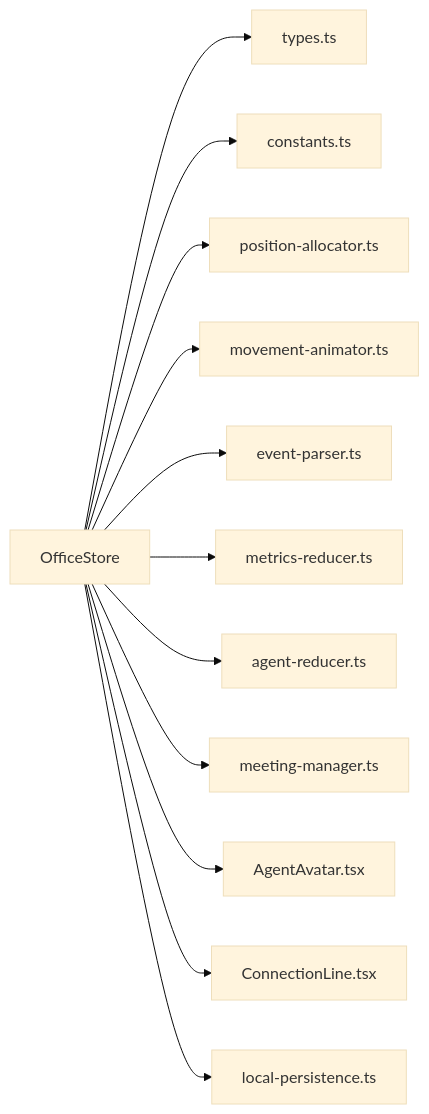
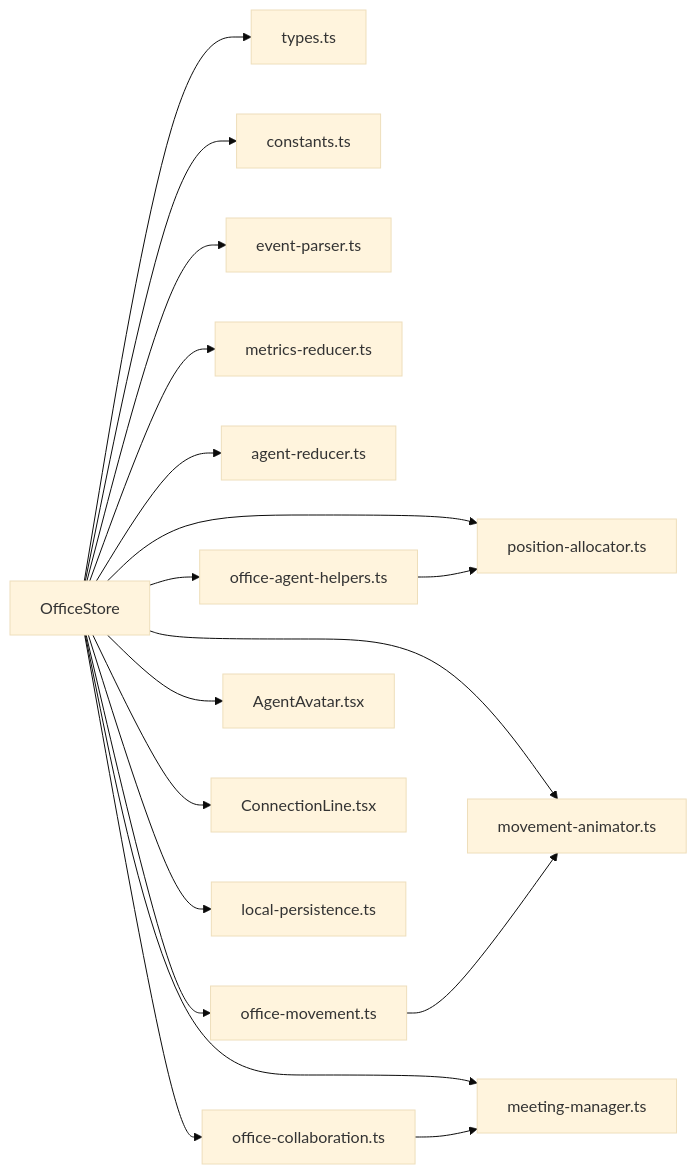
One commit to WW-AI-Lab/openclaw-office changed the eighth of 8 diagrams in .qoder/repowiki/zh/content/状态管理系统/Office Store 核心设计.md. Above: the diagram before and after it, drawn with Mermaid (base theme). The commit also changed other lines of this file and 27 other files, not shown here.

````diff
--- a/.qoder/repowiki/zh/content/状态管理系统/Office Store 核心设计.md
+++ b/.qoder/repowiki/zh/content/状态管理系统/Office Store 核心设计.md
@@ -319,14 +365,20 @@
 ```mermaid
 graph LR
 OS["OfficeStore"] --> T["types.ts"]
 OS --> C["constants.ts"]
 OS --> PA["position-allocator.ts"]
 OS --> MA["movement-animator.ts"]
 OS --> EP["event-parser.ts"]
 OS --> MR["metrics-reducer.ts"]
 OS --> AR["agent-reducer.ts"]
 OS --> MM["meeting-manager.ts"]
+OS --> OAH["office-agent-helpers.ts"]
+OS --> OM["office-movement.ts"]
+OS --> OC["office-collaboration.ts"]
 OS --> AA["AgentAvatar.tsx"]
 OS --> CL["ConnectionLine.tsx"]
 OS --> LP["local-persistence.ts"]
+OAH --> PA
+OM --> MA
+OC --> MM
 ```
````
